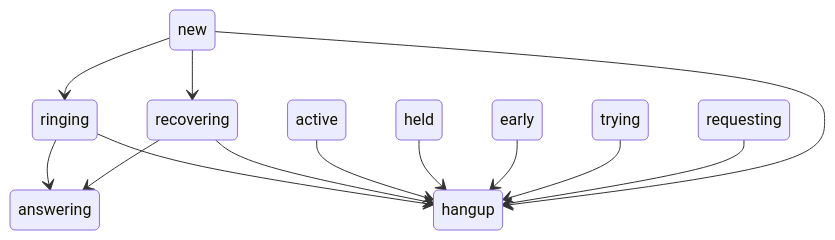
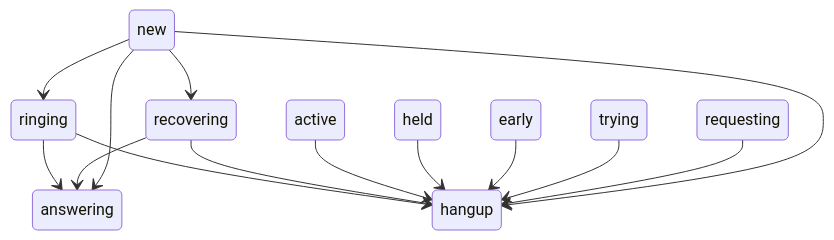
Before and after one commit to bjenning04/foam: the fourth of 4 diagrams in verto-design.md, drawn with Mermaid.

Commit message:
May 4, 2026, 5:51 PM

````diff
--- a/verto-design.md
+++ b/verto-design.md
@@ -318,15 +318,16 @@
 ```mermaid
 stateDiagram
     new --> ringing
     ringing --> answering
     ringing --> hangup
     new --> recovering
     recovering --> answering
     recovering --> hangup
+    new --> answering
     active --> hangup
     held --> hangup
     early --> hangup
     trying --> hangup
     requesting --> hangup
     new --> hangup
 ```
````
